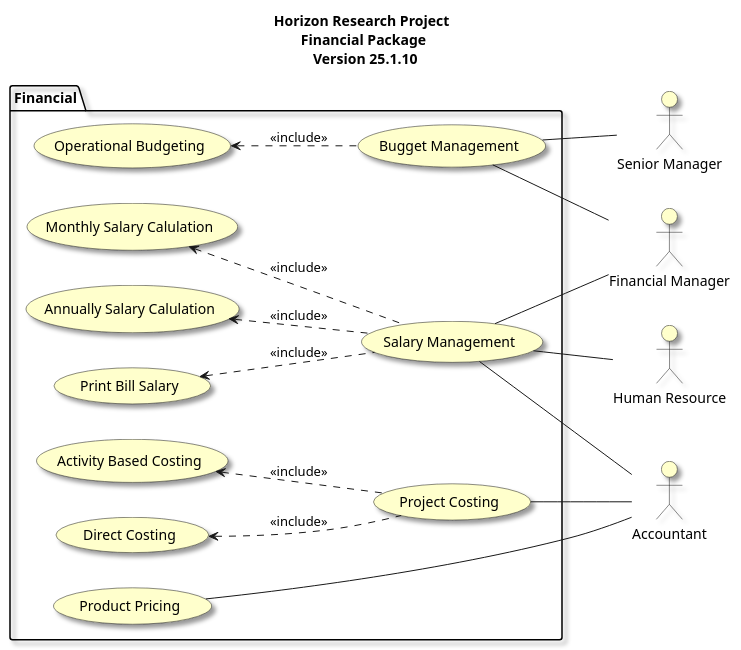
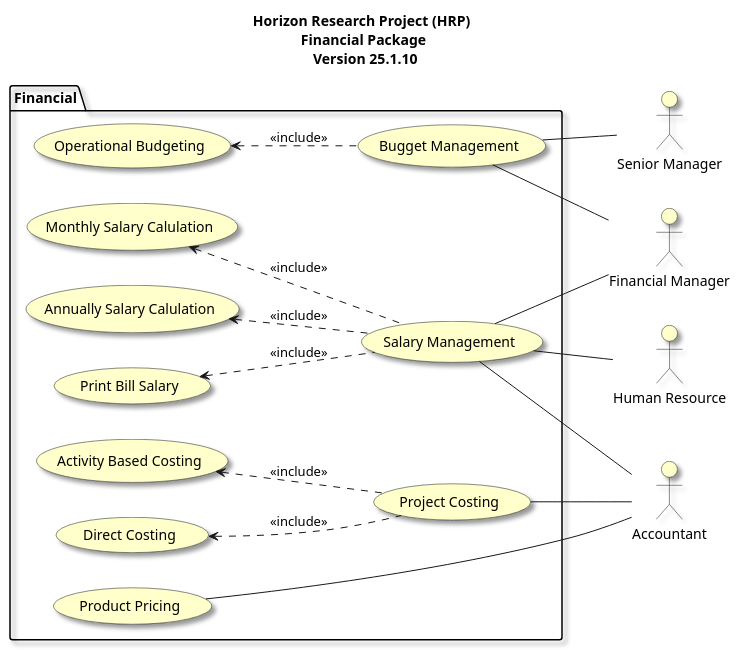
One commit to mahyaresteki/Horizon changed the diagram in HorizonModeling/HorizonUml/UseCase/Use Case/Packages/FinancialUseCaseDiagram.puml. Above: the diagram before and after it, drawn with PlantUML. The commit also changed 24 other files, not shown here.

```diff
--- a/HorizonModeling/HorizonUml/UseCase/Use Case/Packages/FinancialUseCaseDiagram.puml
+++ b/HorizonModeling/HorizonUml/UseCase/Use Case/Packages/FinancialUseCaseDiagram.puml
@@ -1,44 +1,44 @@
 @startuml
 left to right direction
 
 skinparam useCaseBackgroundColor #Business
 skinparam actorBackgroundColor #Business
 skinparam Shadowing True
 
-title Horizon Research Project \n Financial Package \n Version 25.1.10
+title Horizon Research Project (HRP) \n Financial Package \n Version 25.1.10
 
 :Financial Manager: as Fmanager
 :Human Resource: as HR
 :Accountant: as Accountant
 :Senior Manager: as SeniorManager
 
 
 package "Financial"{
     usecase "Project Costing" as costing
     usecase "Activity Based Costing" as abc
     usecase "Direct Costing" as directCosting
     usecase "Bugget Management" as bugget
     usecase "Operational Budgeting" as buggeting
     usecase "Product Pricing" as pricing
     usecase "Salary Management" as salaryManagement
     usecase "Monthly Salary Calulation" as monthlySalaryCalculation
     usecase "Annually Salary Calulation" as annuallySalaryCalculation
     usecase "Print Bill Salary" as printBillSalary
 }
 
 salaryManagement -- Accountant
 salaryManagement -- Fmanager
 salaryManagement -- HR
 costing -- Accountant
 pricing -- Accountant
 bugget -- Fmanager
 bugget -- SeniorManager
 
 monthlySalaryCalculation <.. salaryManagement : <<include>>
 annuallySalaryCalculation <.. salaryManagement : <<include>>
 printBillSalary <.. salaryManagement : <<include>>
 buggeting <.. bugget : <<include>>
 directCosting <.. costing : <<include>>
 abc <.. costing : <<include>>
 
 @enduml
```
